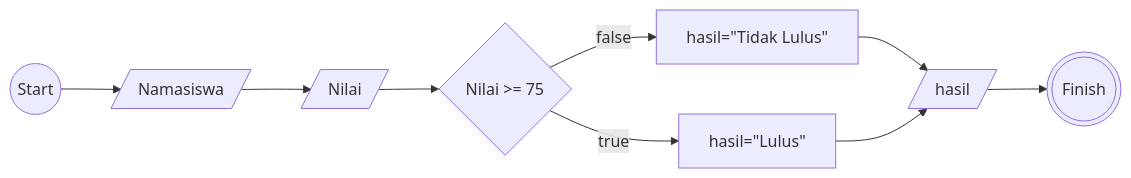
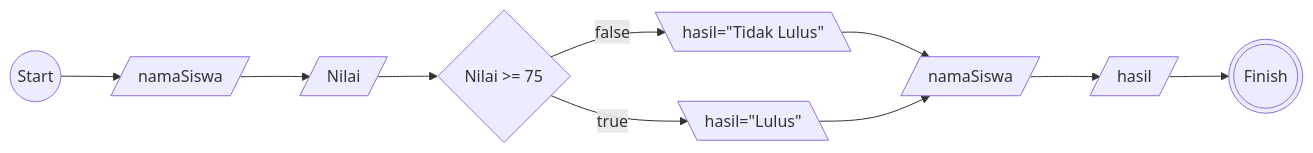
The diagram in README.MD (MuhammadWahyuPratama/koda-b8-algoritma), drawn with Mermaid before and after one commit. The commit also changed other lines of this file, not shown here.

````diff
--- a/README.MD
+++ b/README.MD
@@ -20,23 +20,25 @@
 ```mermaid
 flowchart LR
 
 a@{shape: circle , label : "Start"}
-b@{shape: lean-r, label : "Namasiswa"}
+b@{shape: lean-r, label : "namaSiswa"}
 c@{shape: lean-r, label : "Nilai"}
 d@{shape: diamond, label: "Nilai >= 75 "}
-e@{shape: rect, label : hasil="Lulus"}
-f@{shape: rect, label : hasil="Tidak Lulus"}
-g@{shape: lean-r, label : "hasil"}
+e@{shape: lean-l, label : hasil="Lulus"}
+f@{shape: lean-l, label : hasil="Tidak Lulus"}
+g@{shape: lean-r, label : "namaSiswa"}
+h@{shape: lean-r, label : "hasil"}
 z@{shape: dbl-circ, label : "Finish"}
 
 a-->b
 b-->c
 c-->d
 d--true-->e
 d--false-->f
 f-->g
 e-->g
-g-->z
+g-->h
+h-->z
 
 
 ```
````
